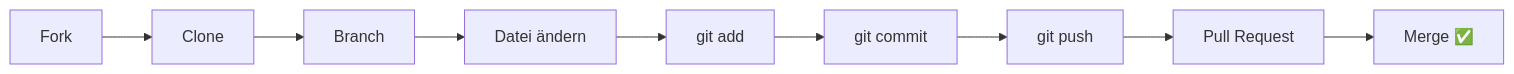
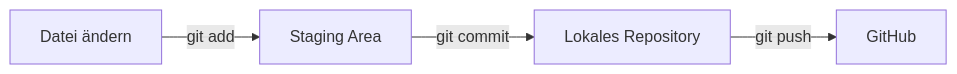
The diagram in README.md (ernestobehrendt/git-handout), drawn with Mermaid before and after one commit. The commit also changed other lines of this file, not shown here.

````diff
--- a/README.md
+++ b/README.md
@@ -156,11 +101,6 @@
 ```mermaid
 flowchart LR
-    A[Fork] --> B[Clone]
-    B --> C[Branch]
-    C --> D[Datei ändern]
-    D --> E[git add]
-    E --> F[git commit]
-    F --> G[git push]
-    G --> H[Pull Request]
-    H --> I[Merge ✅]
+    A[Datei ändern] -->|git add| B[Staging Area]
+    B -->|git commit| C[Lokales Repository]
+    C -->|git push| D[GitHub]
 ```
````
